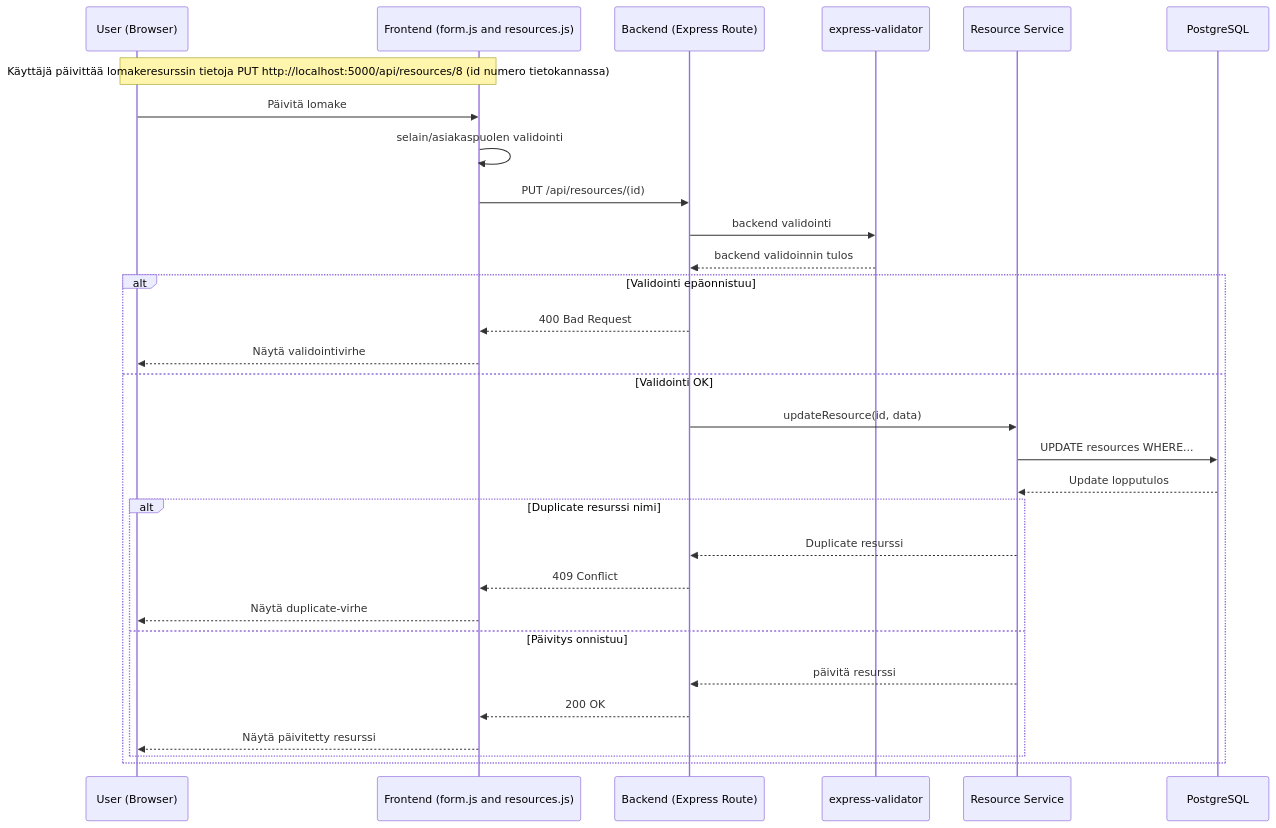
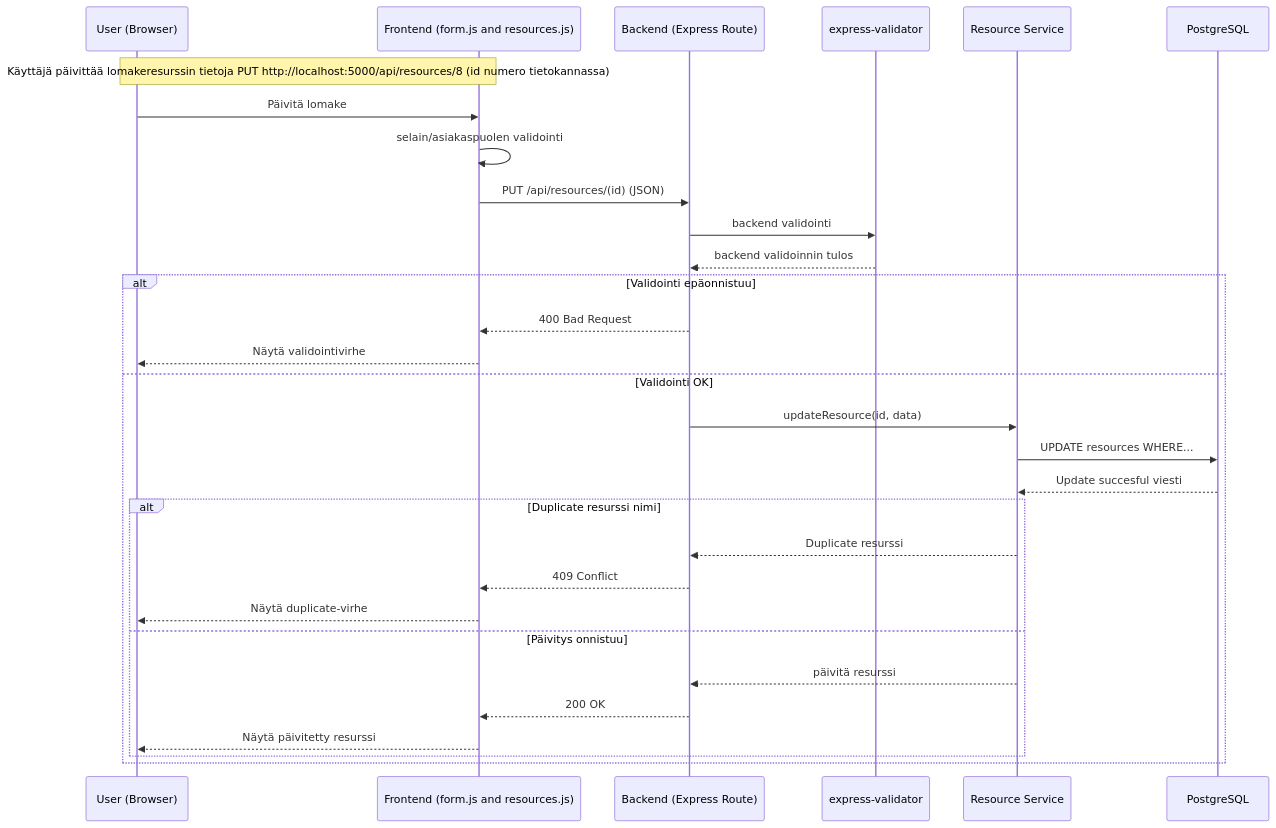
Before and after one commit to A-Ranta/WebDevJatkokurssi: the third of 4 diagrams in BookingSystem/Phase6/G1_CRUD_Dataflow.md, drawn with Mermaid. The commit also changed other lines of this file, not shown here.

````diff
--- a/BookingSystem/Phase6/G1_CRUD_Dataflow.md
+++ b/BookingSystem/Phase6/G1_CRUD_Dataflow.md
@@ -69,37 +69,37 @@
 ```mermaid
 sequenceDiagram
     participant U as User (Browser)
     participant F as Frontend (form.js and resources.js)
     participant B as Backend (Express Route)
     participant V as express-validator
     participant S as Resource Service
     participant DB as PostgreSQL
 
     Note over U,F: Käyttäjä päivittää lomakeresurssin tietoja PUT             http://localhost:5000/api/resources/8 (id numero tietokannassa)
 
     U->>F: Päivitä lomake
     F->>F: selain/asiakaspuolen validointi
-    F->>B: PUT /api/resources/(id)
+    F->>B: PUT /api/resources/(id) (JSON)
 
     B->>V: backend validointi
     V-->>B: backend validoinnin tulos
 
     alt Validointi epäonnistuu
         B-->>F: 400 Bad Request
         F-->>U: Näytä validointivirhe
     else Validointi OK
         B->>S: updateResource(id, data)
         S->>DB: UPDATE resources WHERE...
-        DB-->>S: Update lopputulos
+        DB-->>S: Update succesful viesti
 
         alt Duplicate resurssi nimi
             S-->>B: Duplicate resurssi
             B-->>F: 409 Conflict
             F-->>U: Näytä duplicate-virhe
         else Päivitys onnistuu
             S-->>B: päivitä resurssi
             B-->>F: 200 OK
             F-->>U: Näytä päivitetty resurssi
         end
     end
 ```
````
